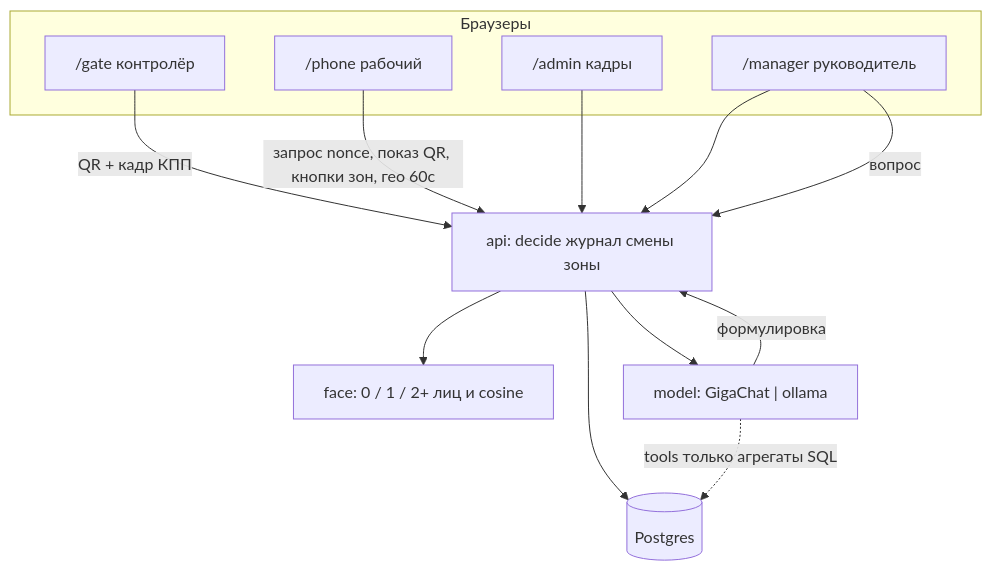
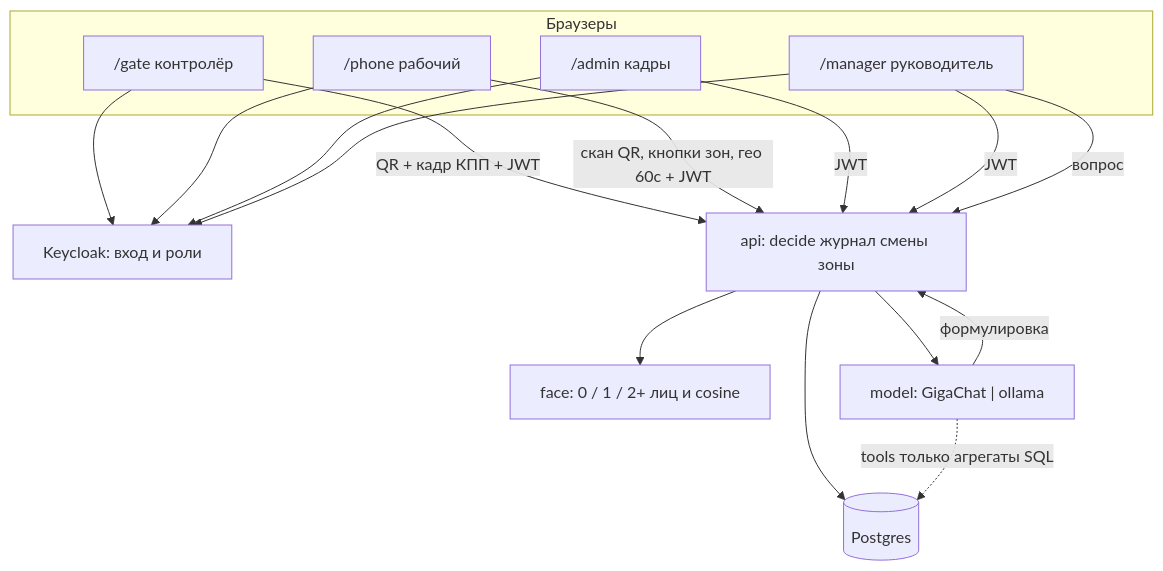
Before and after one commit to surgezxc/vaibaton-prohodnaya: the diagram in docs/architecture.md, drawn with Mermaid. The commit also changed other lines of this file and 2 other files, not shown here.

Commit message:
Add Keycloak for login and roles as required by organizers

````diff
--- a/docs/architecture.md
+++ b/docs/architecture.md
@@ -17,23 +18,28 @@
 ```mermaid
 flowchart TB
   subgraph ui [Браузеры]
     Gate["/gate контролёр"]
     Phone["/phone рабочий"]
     Admin["/admin кадры"]
     Mgr["/manager руководитель"]
   end
+  KC["Keycloak: вход и роли"]
   API["api: decide журнал смены зоны"]
   Face["face: 0 / 1 / 2+ лиц и cosine"]
   Model["model: GigaChat | ollama"]
   PG[(Postgres)]
-  Gate -->|QR + кадр КПП| API
-  Phone -->|запрос nonce, показ QR, кнопки зон, гео 60с| API
-  Admin --> API
-  Mgr --> API
+  Gate --> KC
+  Phone --> KC
+  Admin --> KC
+  Mgr --> KC
+  Gate -->|QR + кадр КПП + JWT| API
+  Phone -->|скан QR, кнопки зон, гео 60с + JWT| API
+  Admin -->|JWT| API
+  Mgr -->|JWT| API
   API --> Face
   API --> PG
   Mgr -->|вопрос| API
   API --> Model
   Model -->|формулировка| API
   Model -.->|tools только агрегаты SQL| PG
 ```
````
